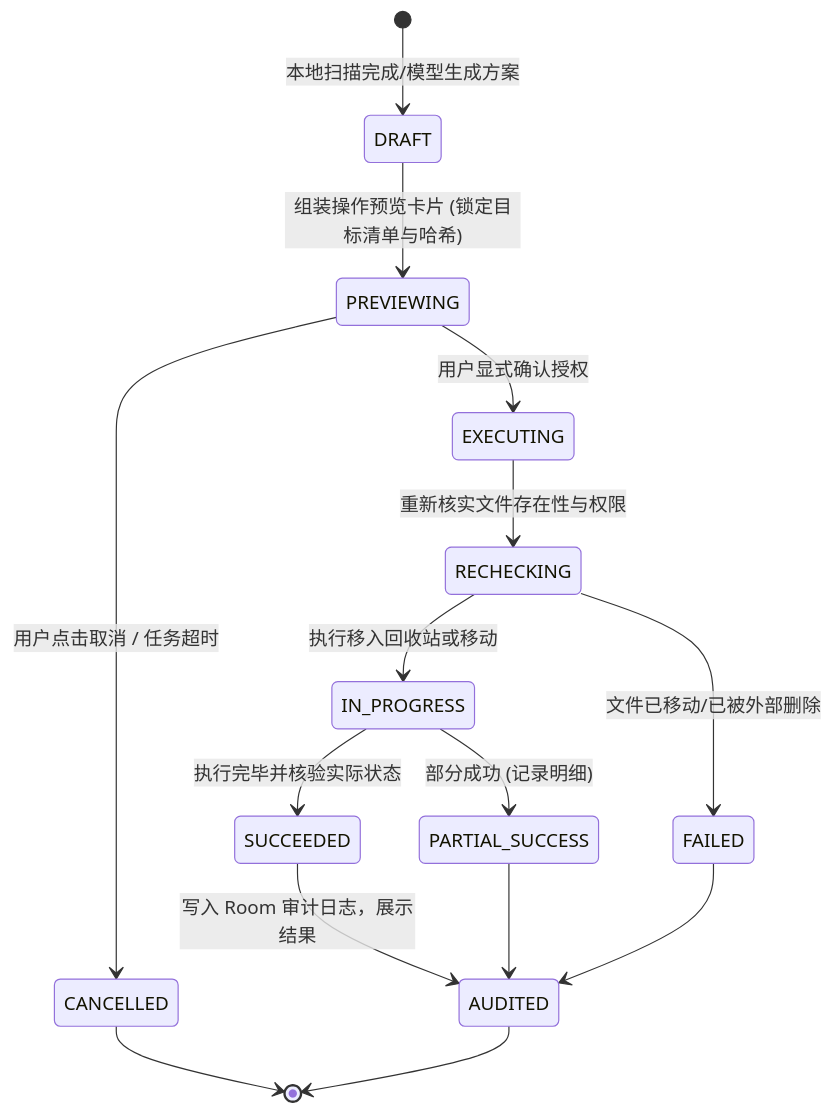
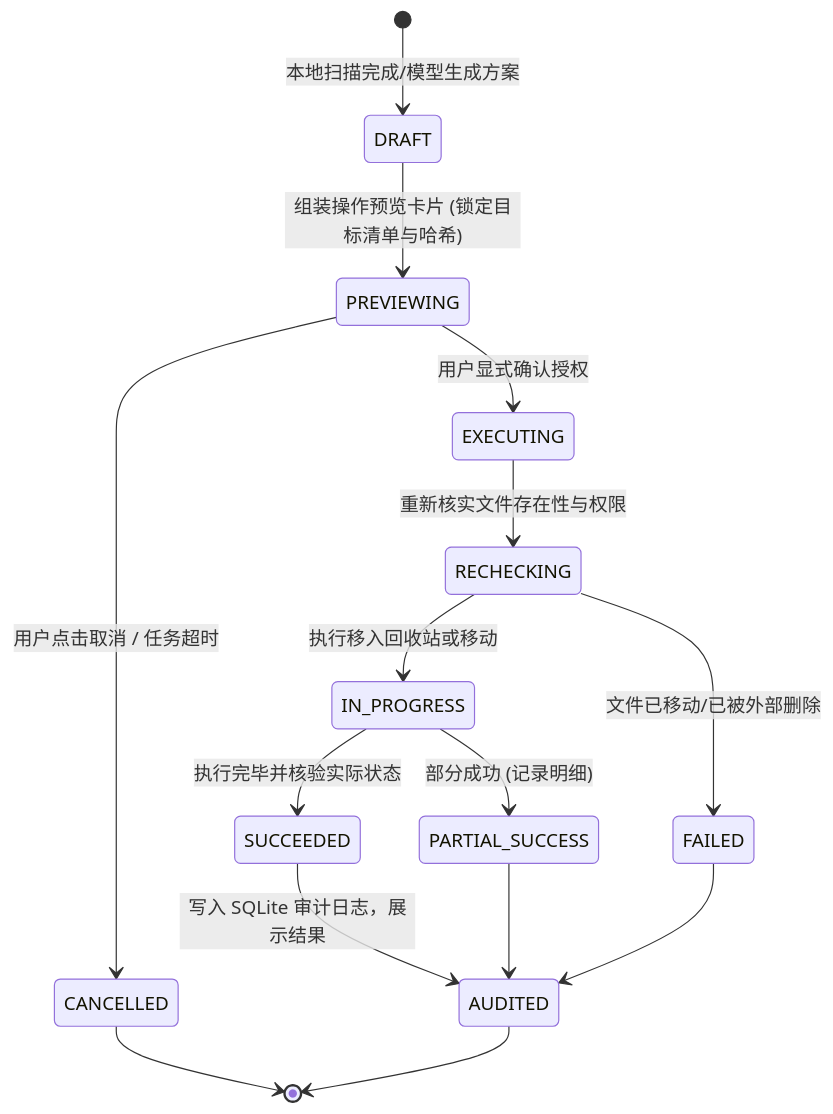
The second of 2 diagrams in docs/ARCHITECTURE.md (Leonard-china/AIAgentOfAndroid), drawn with Mermaid before and after one commit. The commit also changed other lines of this file and 25 other files, not shown here.

````diff
--- a/docs/ARCHITECTURE.md
+++ b/docs/ARCHITECTURE.md
@@ -130,17 +130,17 @@
 ```mermaid
 stateDiagram-v2
     [*] --> DRAFT : 本地扫描完成/模型生成方案
     DRAFT --> PREVIEWING : 组装操作预览卡片 (锁定目标清单与哈希)
     PREVIEWING --> CANCELLED : 用户点击取消 / 任务超时
     PREVIEWING --> EXECUTING : 用户显式确认授权
     EXECUTING --> RECHECKING : 重新核实文件存在性与权限
     RECHECKING --> FAILED : 文件已移动/已被外部删除
     RECHECKING --> IN_PROGRESS : 执行移入回收站或移动
     IN_PROGRESS --> SUCCEEDED : 执行完毕并核验实际状态
     IN_PROGRESS --> PARTIAL_SUCCESS : 部分成功 (记录明细)
-    SUCCEEDED --> AUDITED : 写入 Room 审计日志，展示结果
+    SUCCEEDED --> AUDITED : 写入 SQLite 审计日志，展示结果
     PARTIAL_SUCCESS --> AUDITED
     CANCELLED --> [*]
     FAILED --> AUDITED
     AUDITED --> [*]
 ```
````
